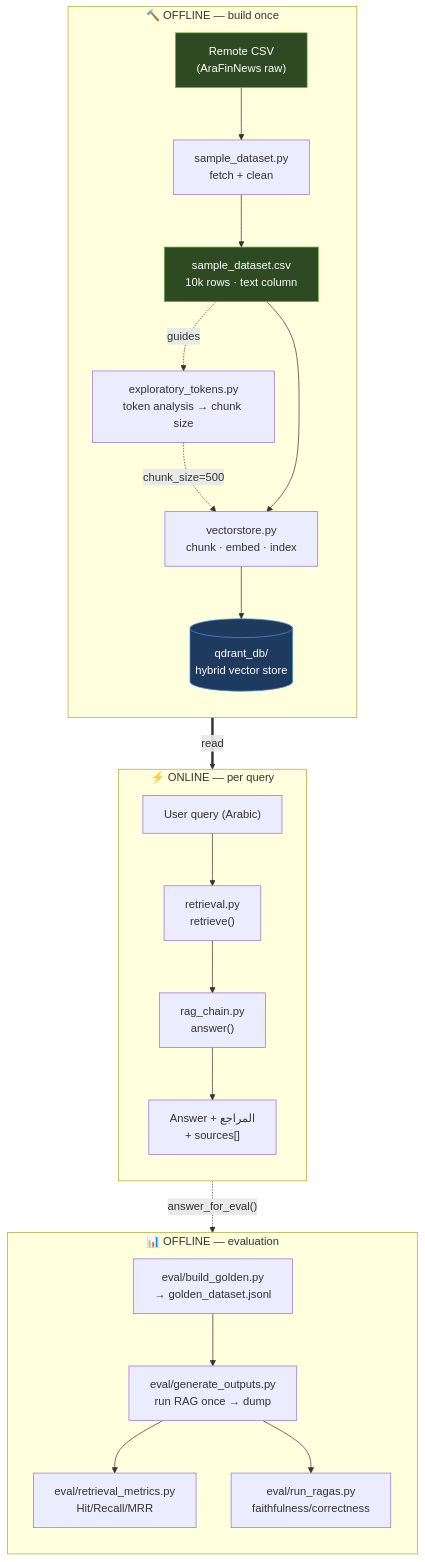
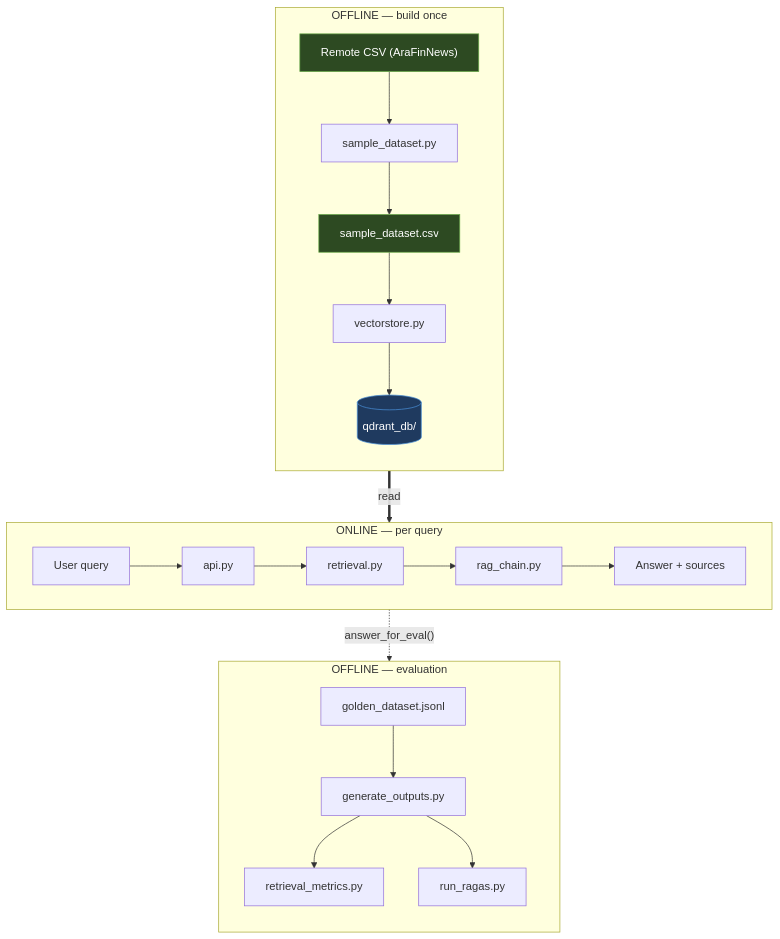
The first of 8 diagrams in FLOW.md (Tarek-Ibrahim20/ArabFinancial-News), drawn with Mermaid before and after one commit. The commit also changed other lines of this file and 2 other files, not shown here.

First line of the commit message:
refine docs: update CLAUDE.md, FLOW.md, and README.md

````diff
--- a/FLOW.md
+++ b/FLOW.md
@@ -19,47 +12,34 @@
 ```mermaid
 flowchart TB
-    subgraph BUILD["🔨 OFFLINE — build once"]
+    subgraph BUILD["OFFLINE — build once"]
         direction TB
-        RAW["Remote CSV<br/>(AraFinNews raw)"]
-        SD["sample_dataset.py<br/>fetch + clean"]
-        CSV["sample_dataset.csv<br/>10k rows · text column"]
-        EDA["exploratory_tokens.py<br/>token analysis → chunk size"]
-        VS["vectorstore.py<br/>chunk · embed · index"]
-        QD[("qdrant_db/<br/>hybrid vector store")]
-
-        RAW --> SD --> CSV
-        CSV -.guides.-> EDA
-        EDA -.chunk_size=500.-> VS
-        CSV --> VS --> QD
+        RAW["Remote CSV (AraFinNews)"]
+        SD["sample_dataset.py"]
+        CSV["sample_dataset.csv"]
+        VS["vectorstore.py"]
+        QD[("qdrant_db/")]
+        RAW --> SD --> CSV --> VS --> QD
     end
 
-    subgraph SERVE["⚡ ONLINE — per query"]
-        direction TB
-        Q["User query (Arabic)"]
-        RET["retrieval.py<br/>retrieve()"]
-        RAG["rag_chain.py<br/>answer()"]
-        OUT["Answer + المراجع<br/>+ sources[]"]
-
-        Q --> RET --> RAG --> OUT
+    subgraph SERVE["ONLINE — per query"]
+        direction LR
+        Q["User query"] --> API["api.py"] --> RET["retrieval.py"] --> RAG["rag_chain.py"] --> OUT["Answer + sources"]
     end
 
-    subgraph EVAL["📊 OFFLINE — evaluation"]
+    subgraph EVAL["OFFLINE — evaluation"]
         direction TB
-        GOLD["eval/build_golden.py<br/>→ golden_dataset.jsonl"]
-        GEN["eval/generate_outputs.py<br/>run RAG once → dump"]
-        RMET["eval/retrieval_metrics.py<br/>Hit/Recall/MRR"]
-        RAGAS["eval/run_ragas.py<br/>faithfulness/correctness"]
-
-        GOLD --> GEN
-        GEN --> RMET
-        GEN --> RAGAS
+        GOLD["golden_dataset.jsonl"]
+        GEN["generate_outputs.py"]
+        RMET["retrieval_metrics.py"]
+        RAGAS["run_ragas.py"]
+        GOLD --> GEN --> RMET & RAGAS
     end
 
     QD ==>|read| RET
     RAG -.answer_for_eval().-> GEN
 
     classDef store fill:#1f3a5f,stroke:#4a90d9,color:#fff
     classDef art fill:#2d4a22,stroke:#6aab4a,color:#fff
     class QD store
     class CSV,RAW art
 ```
````
